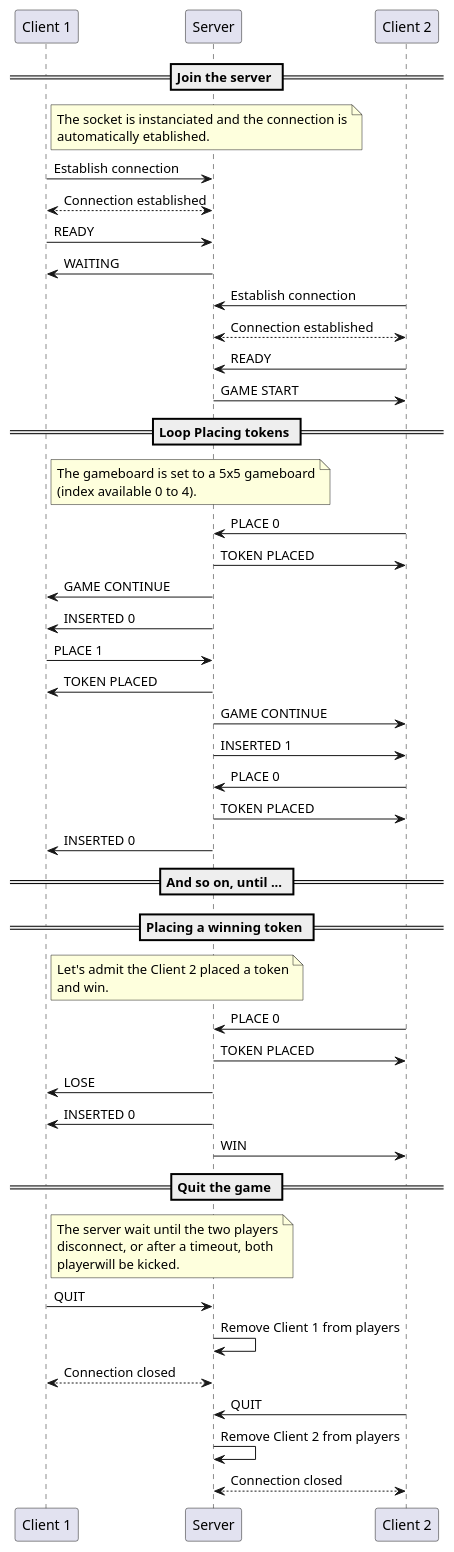
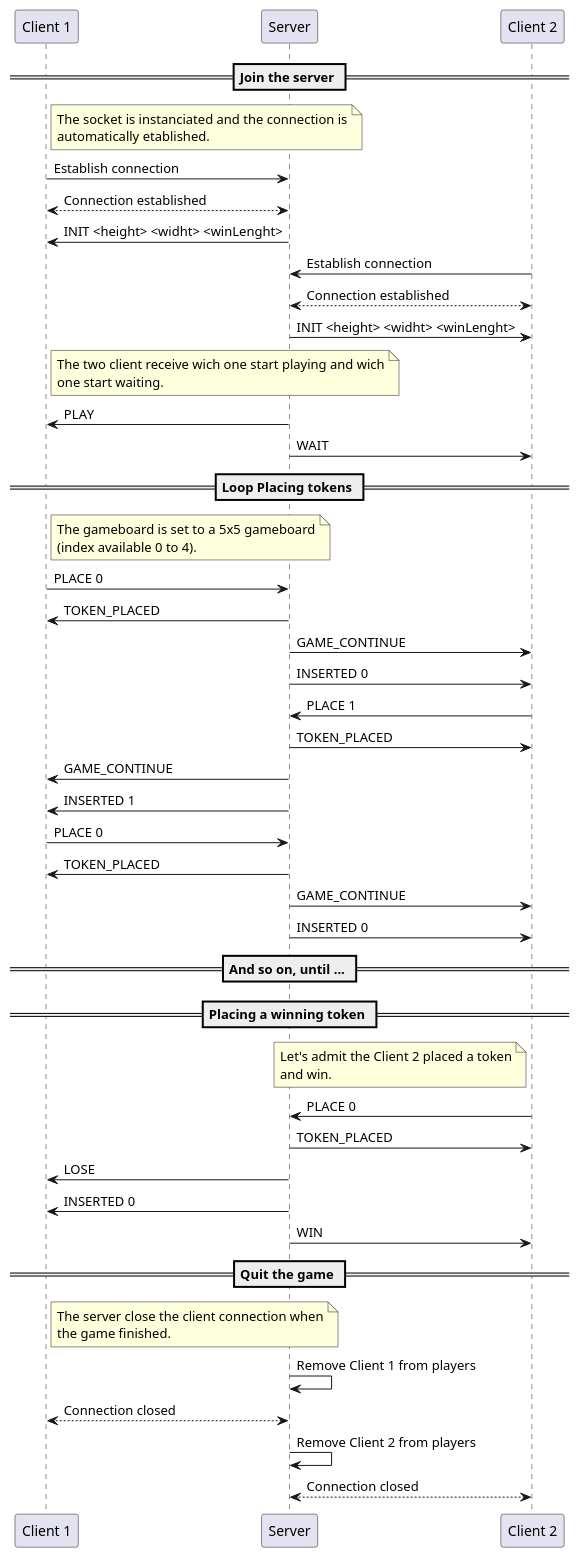
One commit to thomasstaheli/DAI_Practical2_Connect4 changed the diagram in uml/protocol_functionnal.puml. Above: the diagram before and after it, drawn with PlantUML. The commit also changed 6 other files, not shown here.

```diff
--- a/uml/protocol_functionnal.puml
+++ b/uml/protocol_functionnal.puml
@@ -1,79 +1,82 @@
 @startuml
 
 participant "Client 1" as client1
 participant "Server" as server
 participant "Client 2" as client2
 
 == Join the server ==
 
 note right of client1
 The socket is instanciated and the connection is
 automatically etablished.
 end note
 
 client1->server : Establish connection
 server<-->client1 : Connection established
-client1->server : READY
-server->client1 : WAITING
+server->client1 : INIT <height> <widht> <winLenght>
 
 client2->server : Establish connection
 server<-->client2 : Connection established
-client2->server : READY
-server->client2 : GAME START
+server->client2 : INIT <height> <widht> <winLenght>
+
+note right of client1
+The two client receive wich one start playing and wich
+one start waiting. 
+end note
+server->client1 : PLAY
+server->client2 : WAIT
 
 == Loop Placing tokens ==
 
 note right of client1
 The gameboard is set to a 5x5 gameboard
 (index available 0 to 4).
 end note
 
-client2->server : PLACE 0
-server->client2 : TOKEN PLACED
-server->client1 : GAME CONTINUE 
-server->client1 : INSERTED 0
+client1->server : PLACE 0
+server->client1 : TOKEN_PLACED
+server->client2 : GAME_CONTINUE 
+server->client2 : INSERTED 0
 
-client1->server : PLACE 1
-server->client1 : TOKEN PLACED
-server->client2 : GAME CONTINUE
-server->client2 : INSERTED 1
+client2->server : PLACE 1
+server->client2 : TOKEN_PLACED
+server->client1 : GAME_CONTINUE
+server->client1 : INSERTED 1
 
-client2->server : PLACE 0
-server->client2 : TOKEN PLACED 
-server->client1 : INSERTED 0
+client1->server : PLACE 0
+server->client1 : TOKEN_PLACED 
+server->client2 : GAME_CONTINUE
+server->client2 : INSERTED 0
 
 == And so on, until ... ==
 
 == Placing a winning token ==
 
-note right of client1
+note left of client2
 Let's admit the Client 2 placed a token
 and win.
 end note
 
 client2->server : PLACE 0
-server->client2 : TOKEN PLACED 
+server->client2 : TOKEN_PLACED 
 server->client1 : LOSE
 server->client1 : INSERTED 0
 
 server->client2 : WIN
 
 == Quit the game ==
 
 note right of client1
-The server wait until the two players
-disconnect, or after a timeout, both
-playerwill be kicked.
+The server close the client connection when
+the game finished.
 end note
 
-client1->server : QUIT
 server->server : Remove Client 1 from players
 client1<-->server : Connection closed
 
-client2->server : QUIT
 server->server : Remove Client 2 from players
 client2<-->server : Connection closed
 
 
 
 @enduml
```
